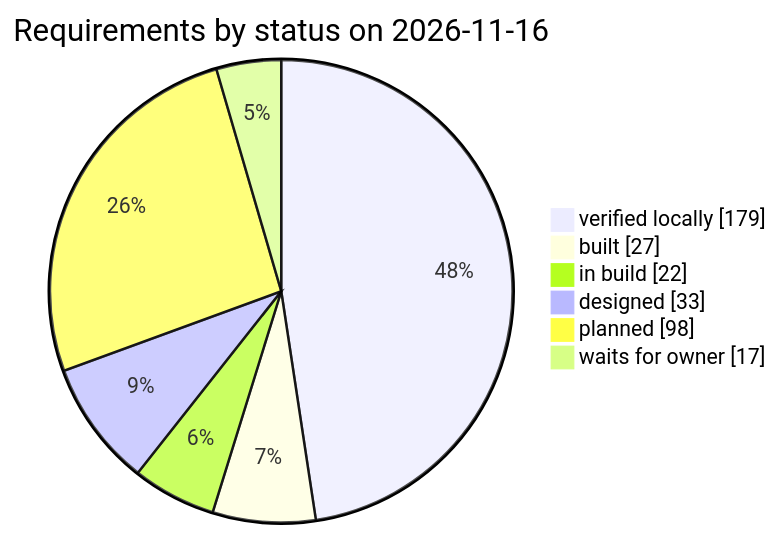
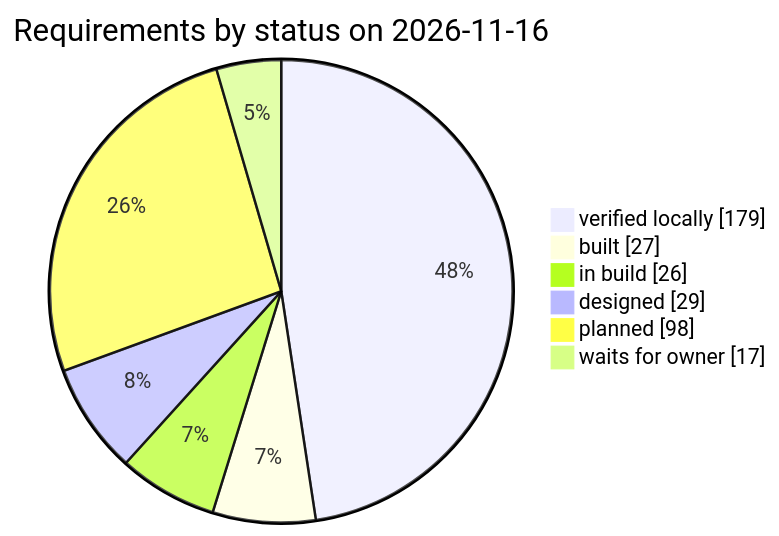
One commit to qa-io-vn/fnb-manager changed the third of 3 diagrams in docs/requirements.md. Above: the diagram before and after it, drawn with Mermaid. The commit also changed other lines of this file and 13 other files, not shown here.

````diff
--- a/docs/requirements.md
+++ b/docs/requirements.md
@@ -982,10 +982,10 @@
 ```mermaid
 pie showData
     title Requirements by status on 2026-11-16
     "verified locally" : 179
     "built" : 27
-    "in build" : 22
-    "designed" : 33
+    "in build" : 26
+    "designed" : 29
     "planned" : 98
     "waits for owner" : 17
 ```
````
